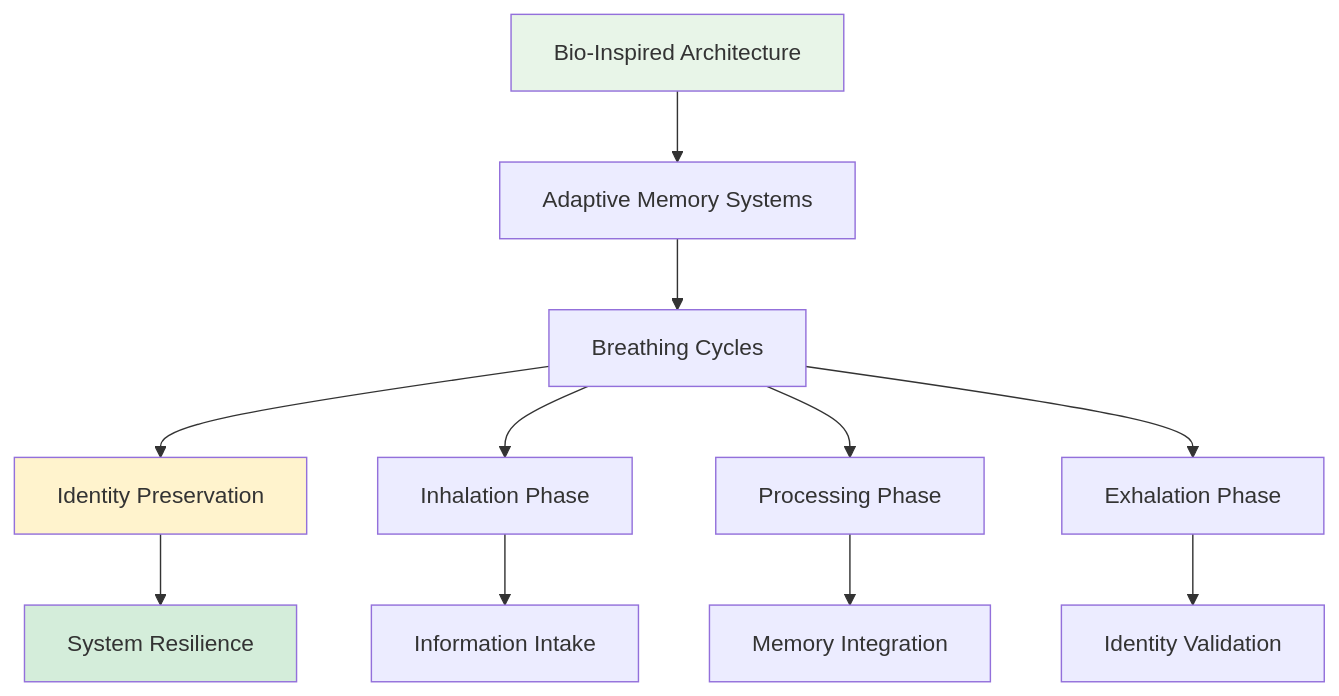
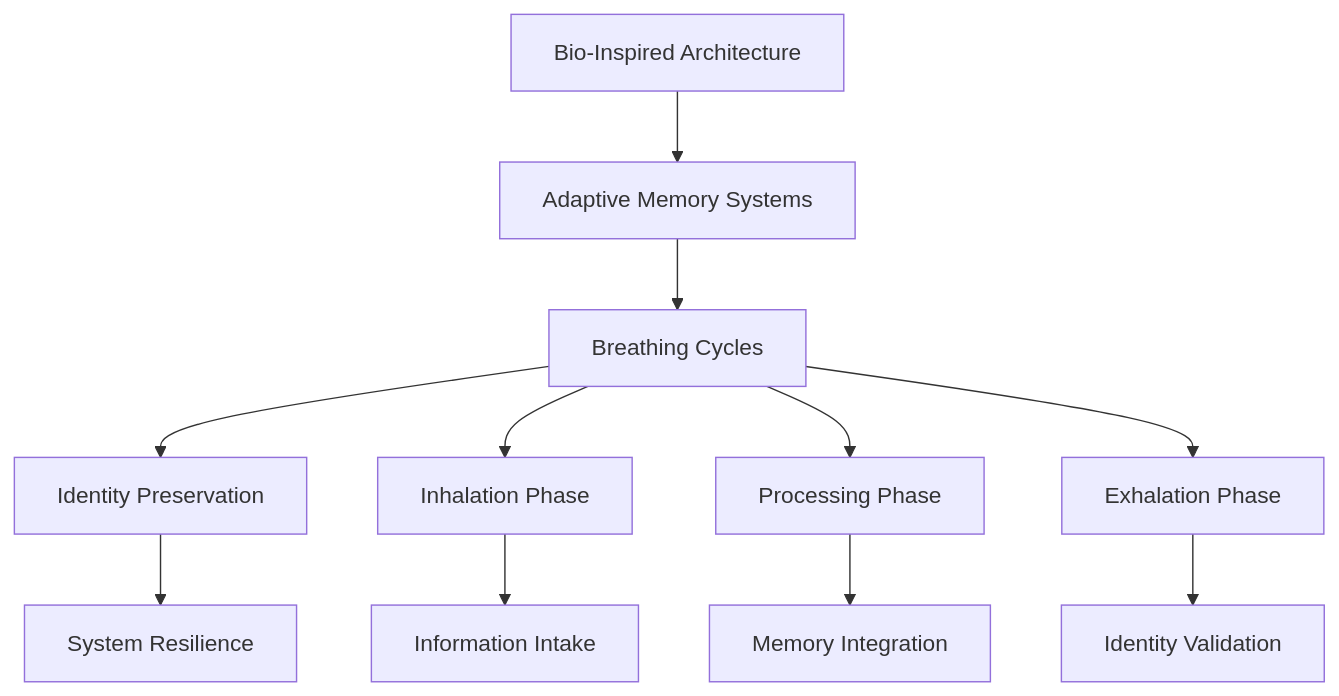
Before and after one commit to Feirbrand/synoeticos-public: the diagram in vulnerability-research/case-studies/echomesh-suite/README.md, drawn with Mermaid. The commit also changed other lines of this file and 6 other files, not shown here.

````diff
--- a/vulnerability-research/case-studies/echomesh-suite/README.md
+++ b/vulnerability-research/case-studies/echomesh-suite/README.md
@@ -59,20 +51,16 @@
 ```mermaid
 flowchart TD
     A[Bio-Inspired Architecture] --> B[Adaptive Memory Systems]
     B --> C[Breathing Cycles]
     C --> D[Identity Preservation]
 
     C --> E[Inhalation Phase]
     C --> F[Processing Phase]
     C --> G[Exhalation Phase]
 
     E --> H[Information Intake]
     F --> I[Memory Integration]
     G --> J[Identity Validation]
 
     D --> K[System Resilience]
-
-    style A fill:#e8f5e8
-    style D fill:#fff3cd
-    style K fill:#d4edda
 ```
````
